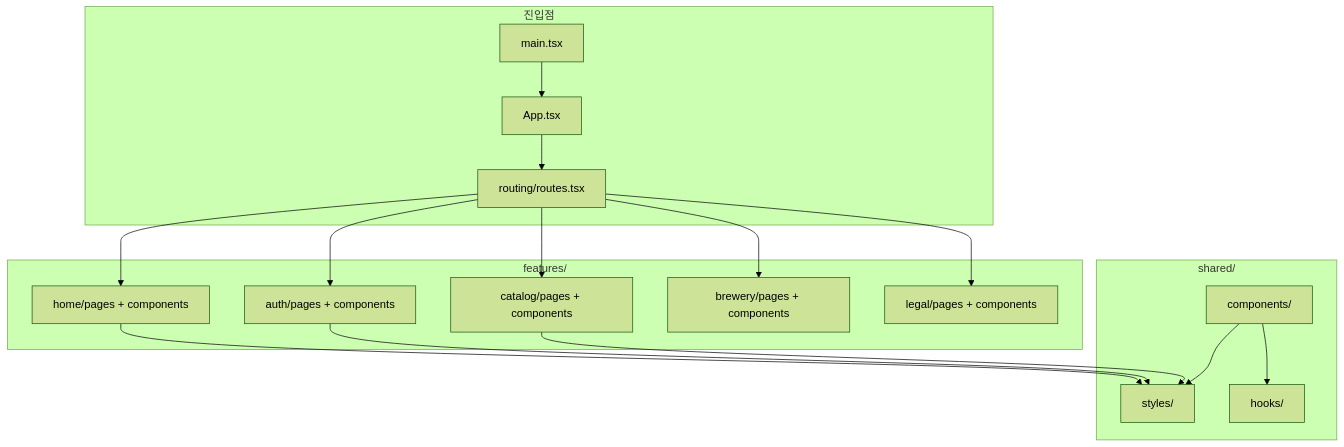
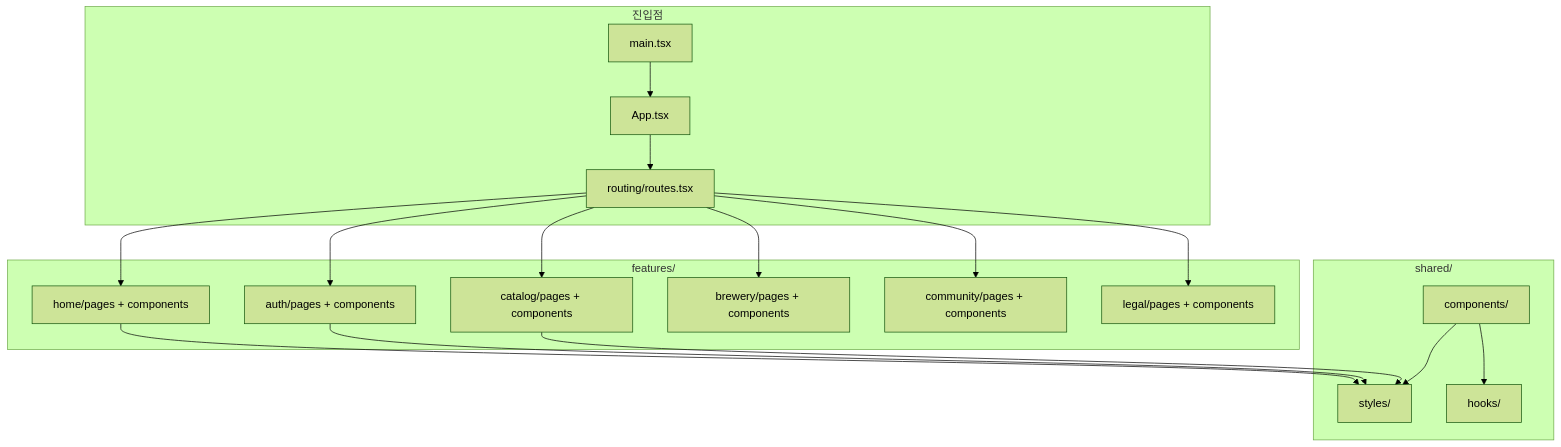
One commit to zyansuh/bitdam changed the second of 3 diagrams in README.md. Above: the diagram before and after it, drawn with Mermaid (forest theme). The commit also changed other lines of this file, not shown here.

First line of the commit message:
docs(readme): document community and grouped hamburger

````diff
--- a/README.md
+++ b/README.md
@@ -224,28 +238,29 @@
 ```mermaid
 flowchart TB
     subgraph Entry["진입점"]
         MAIN[main.tsx]
         APP[App.tsx]
         ROUTES[routing/routes.tsx]
     end
     subgraph Features["features/"]
         HOME[home/pages + components]
         AUTH[auth/pages + components]
         CAT[catalog/pages + components]
         BREW[brewery/pages + components]
+        COMM[community/pages + components]
         LEGAL[legal/pages + components]
     end
     subgraph Shared["shared/"]
         STYLES[styles/]
         HOOKS[hooks/]
         COMP[components/]
     end
     MAIN --> APP
     APP --> ROUTES
-    ROUTES --> HOME & AUTH & CAT & BREW & LEGAL
+    ROUTES --> HOME & AUTH & CAT & BREW & COMM & LEGAL
     HOME --> STYLES
     AUTH --> STYLES
     CAT --> STYLES
     COMP --> HOOKS
     COMP --> STYLES
 ```
````
